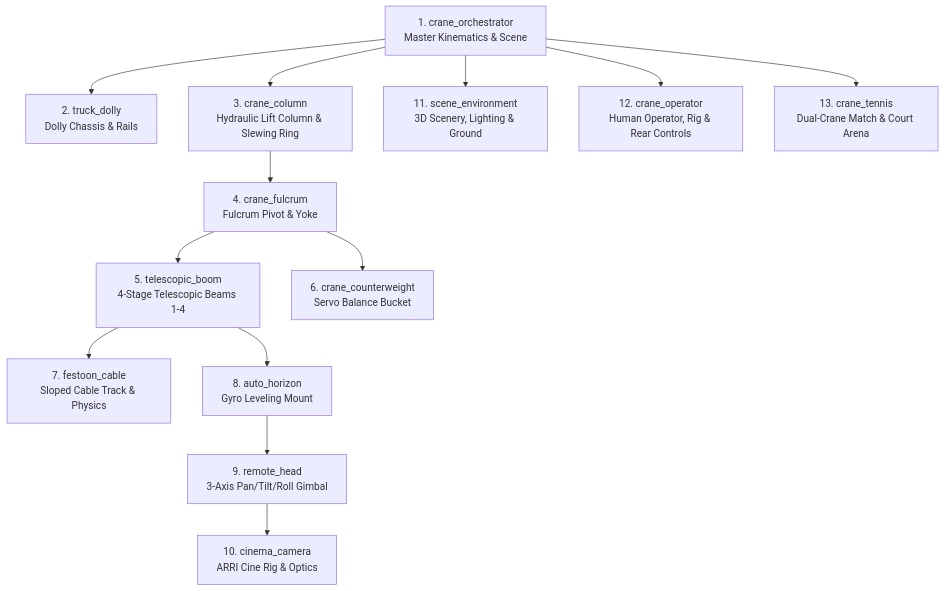
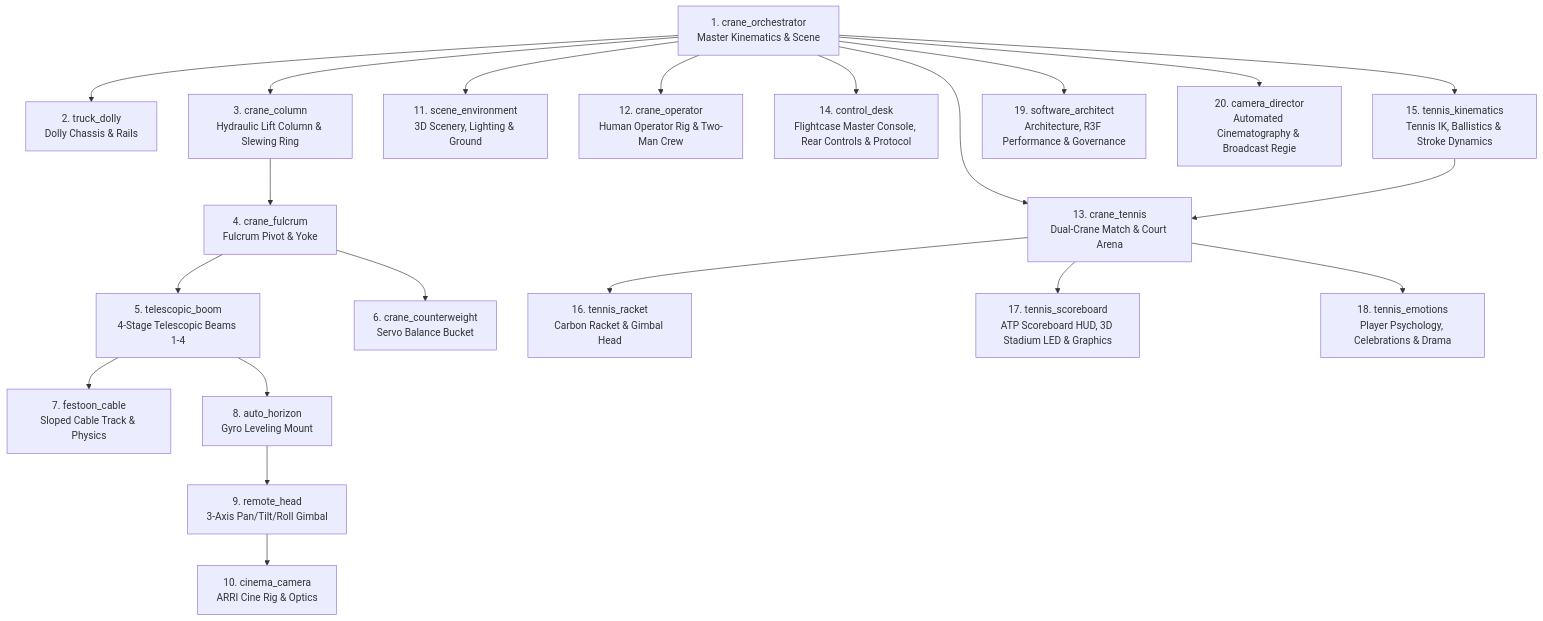
Before and after one commit to Rocal007/headings_3d: the diagram in AGENTS.md, drawn with Mermaid. The commit also changed other lines of this file and 34 other files, not shown here.

Commit message:
feat(arch): modularize tennis and crane subsystems into multi-agent architecture with PBR materials, HawkEye and ErrorBoundary

````diff
--- a/AGENTS.md
+++ b/AGENTS.md
@@ -10,15 +10,23 @@
 ```mermaid
 graph TD
     Orchestrator[1. crane_orchestrator<br/>Master Kinematics & Scene] --> Dolly[2. truck_dolly<br/>Dolly Chassis & Rails]
     Orchestrator --> Column[3. crane_column<br/>Hydraulic Lift Column & Slewing Ring]
     Column --> Fulcrum[4. crane_fulcrum<br/>Fulcrum Pivot & Yoke]
     Fulcrum --> Boom[5. telescopic_boom<br/>4-Stage Telescopic Beams 1-4]
     Fulcrum --> Counterweight[6. crane_counterweight<br/>Servo Balance Bucket]
     Boom --> Festoon[7. festoon_cable<br/>Sloped Cable Track & Physics]
     Boom --> Horizon[8. auto_horizon<br/>Gyro Leveling Mount]
     Horizon --> Head[9. remote_head<br/>3-Axis Pan/Tilt/Roll Gimbal]
     Head --> Camera[10. cinema_camera<br/>ARRI Cine Rig & Optics]
     Orchestrator --> Scenery[11. scene_environment<br/>3D Scenery, Lighting & Ground]
-    Orchestrator --> Operator[12. crane_operator<br/>Human Operator, Rig & Rear Controls]
+    Orchestrator --> Operator[12. crane_operator<br/>Human Operator Rig & Two-Man Crew]
     Orchestrator --> Tennis[13. crane_tennis<br/>Dual-Crane Match & Court Arena]
+    Orchestrator --> Desk[14. control_desk<br/>Flightcase Master Console, Rear Controls & Protocol]
+    Orchestrator --> TennisKinematics[15. tennis_kinematics<br/>Tennis IK, Ballistics & Stroke Dynamics]
+    TennisKinematics --> Tennis
+    Tennis --> Racket[16. tennis_racket<br/>Carbon Racket & Gimbal Head]
+    Tennis --> Scoreboard[17. tennis_scoreboard<br/>ATP Scoreboard HUD, 3D Stadium LED & Graphics]
+    Tennis --> TennisEmotions[18. tennis_emotions<br/>Player Psychology, Celebrations & Drama]
+    Orchestrator --> Architect[19. software_architect<br/>Architecture, R3F Performance & Governance]
+    Orchestrator --> Director[20. camera_director<br/>Automated Cinematography & Broadcast Regie]
 ```
````
